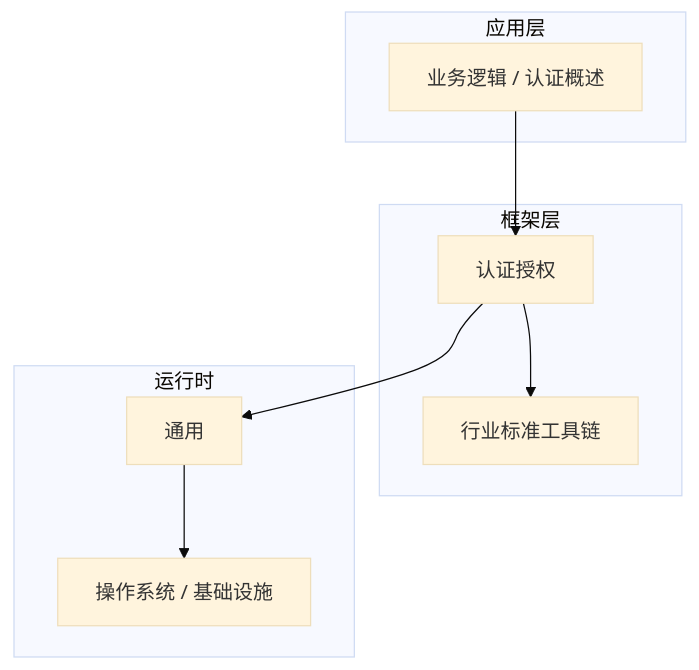
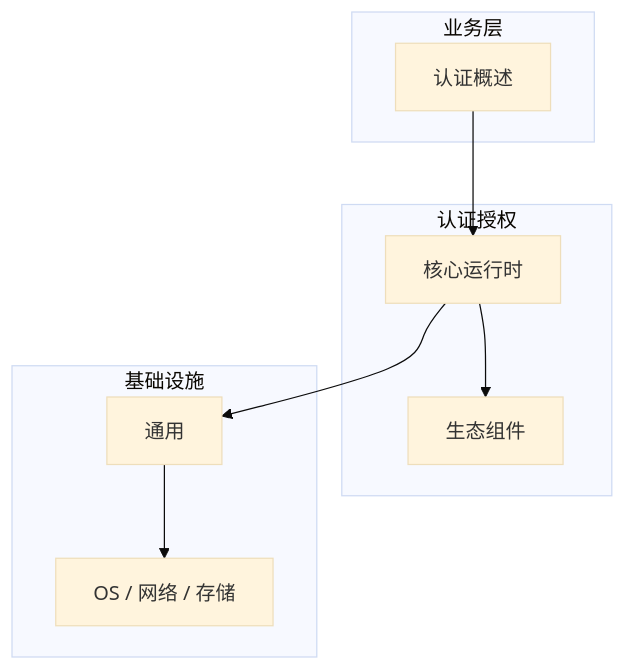
One commit to yanggan2015/knowledge-json-v2 changed the diagram in articles/认证授权/chapters/001-认证概述核心概念与原理.md. Above: the diagram before and after it, drawn with Mermaid (base theme). The commit also changed other lines of this file and 10127 other files, not shown here.

````diff
--- a/articles/认证授权/chapters/001-认证概述核心概念与原理.md
+++ b/articles/认证授权/chapters/001-认证概述核心概念与原理.md
@@ -45,18 +34,18 @@
 ```mermaid
 graph TB
-    subgraph 应用层
-        A[业务逻辑 / 认证概述]
+    subgraph 业务层
+        A[认证概述]
     end
-    subgraph 框架层
-        B[认证授权]
-        C[行业标准工具链]
+    subgraph 认证授权
+        B[核心运行时]
+        C[生态组件]
     end
-    subgraph 运行时
+    subgraph 基础设施
         D[通用]
-        E[操作系统 / 基础设施]
+        E[OS / 网络 / 存储]
     end
     A --> B
     B --> C
     B --> D
     D --> E
 ```
````
